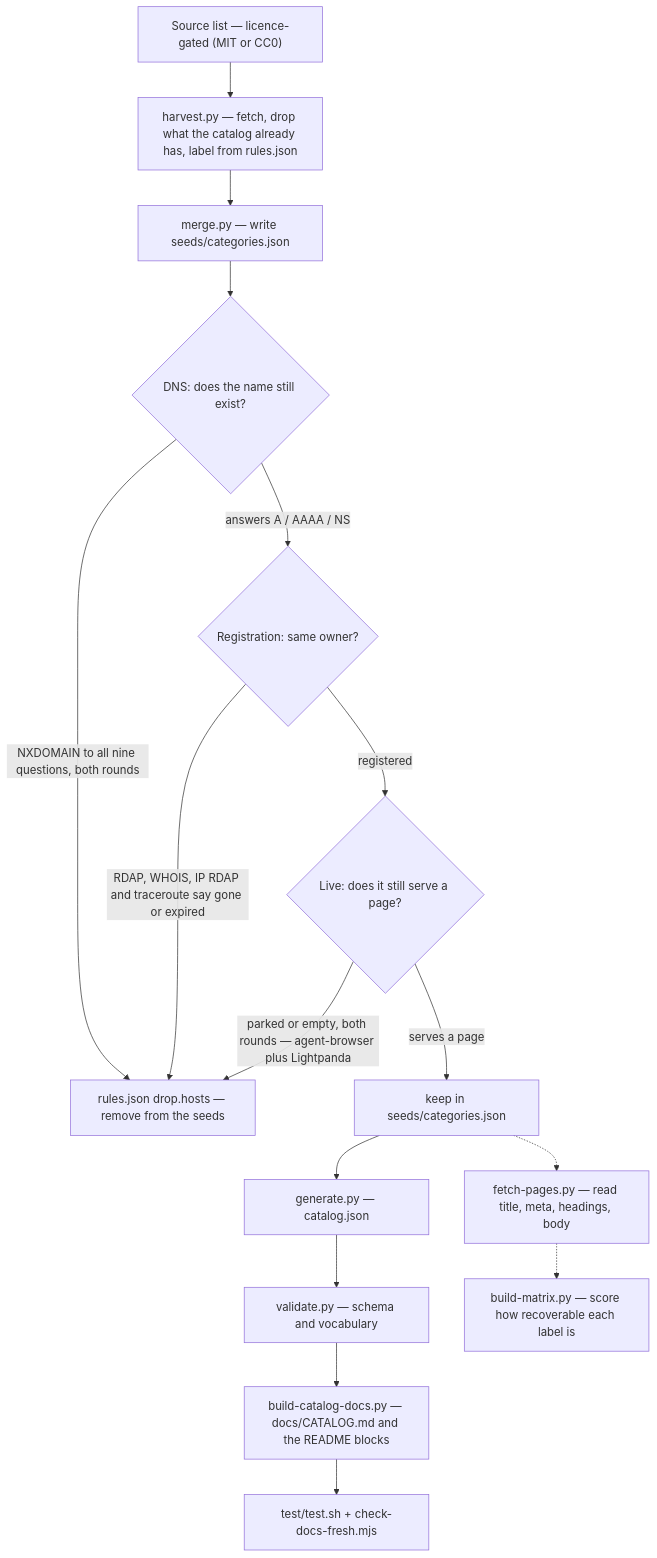
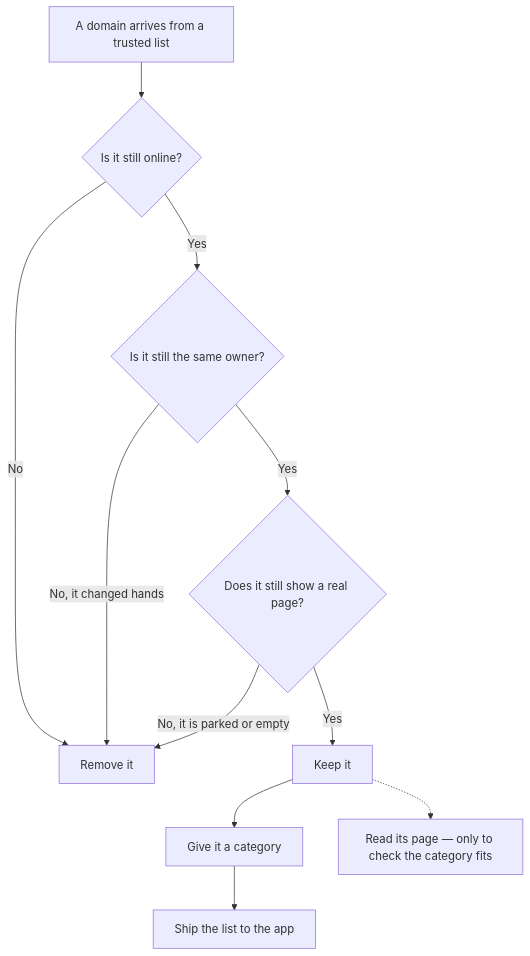
The fourth of 5 diagrams in README.md (mahirfatih/net-traffic-control-catalog), drawn with Mermaid before and after one commit. The commit also changed other lines of this file and 8 other files, not shown here.

First line of the commit message:
docs: add Turkish README and simplify the pipeline diagram

````diff
--- a/README.md
+++ b/README.md
@@ -108,18 +110,13 @@
 ```mermaid
 flowchart TD
-    S["Source list — licence-gated (MIT or CC0)"] --> H["harvest.py — fetch, drop what the catalog already has, label from rules.json"]
-    H --> M["merge.py — write seeds/categories.json"]
-    M --> D{"DNS: does the name still exist?"}
-    D -->|"NXDOMAIN to all nine questions, both rounds"| X["rules.json drop.hosts — remove from the seeds"]
-    D -->|"answers A / AAAA / NS"| R{"Registration: same owner?"}
-    R -->|"RDAP, WHOIS, IP RDAP and traceroute say gone or expired"| X
-    R -->|registered| L{"Live: does it still serve a page?"}
-    L -->|"parked or empty, both rounds — agent-browser plus Lightpanda"| X
-    L -->|serves a page| K["keep in seeds/categories.json"]
-    K --> G["generate.py — catalog.json"]
-    G --> V["validate.py — schema and vocabulary"]
-    V --> P["build-catalog-docs.py — docs/CATALOG.md and the README blocks"]
-    P --> T["test/test.sh + check-docs-fresh.mjs"]
-    K -.-> F["fetch-pages.py — read title, meta, headings, body"]
-    F -.-> B["build-matrix.py — score how recoverable each label is"]
+    A["A domain arrives from a trusted list"] --> B{"Is it still online?"}
+    B -->|"No"| R["Remove it"]
+    B -->|"Yes"| C{"Is it still the same owner?"}
+    C -->|"No, it changed hands"| R
+    C -->|"Yes"| D{"Does it still show a real page?"}
+    D -->|"No, it is parked or empty"| R
+    D -->|"Yes"| K["Keep it"]
+    K --> E["Give it a category"]
+    E --> F["Ship the list to the app"]
+    K -.-> G["Read its page — only to check the category fits"]
 ```
````
